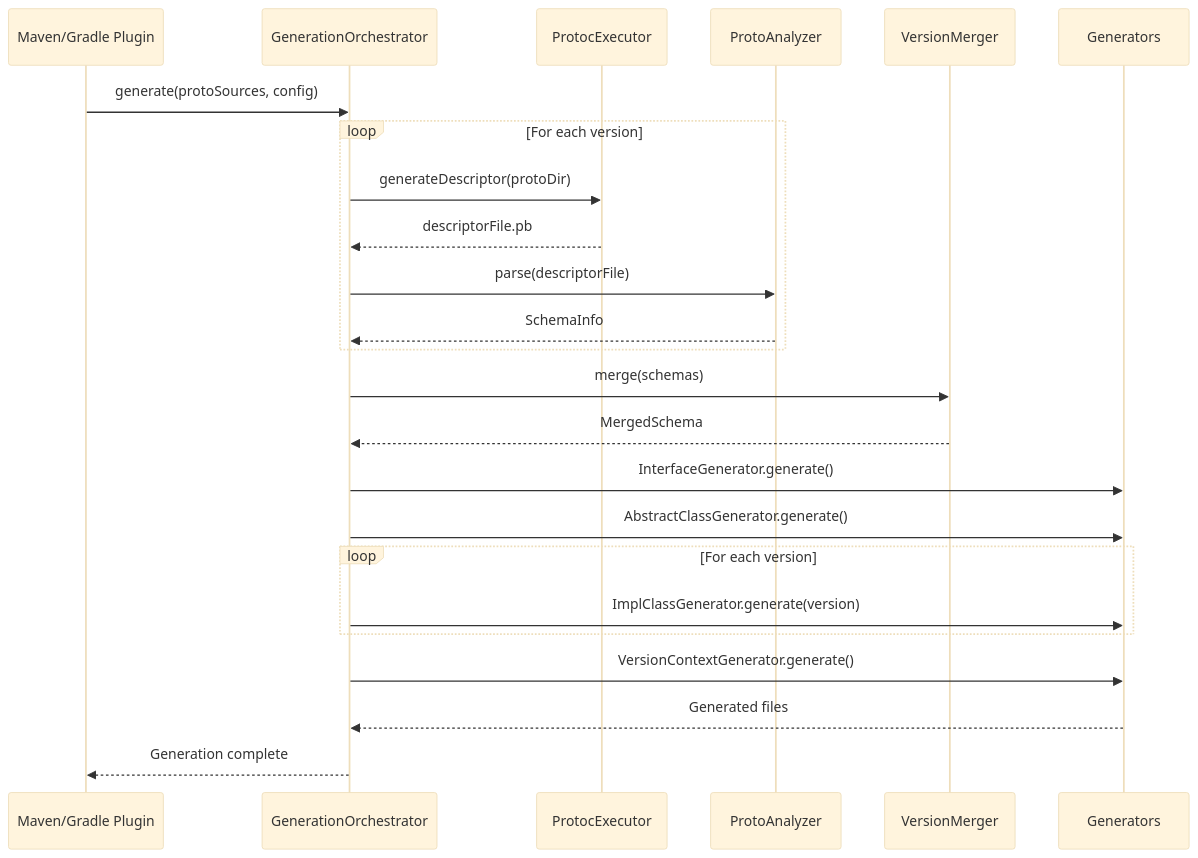
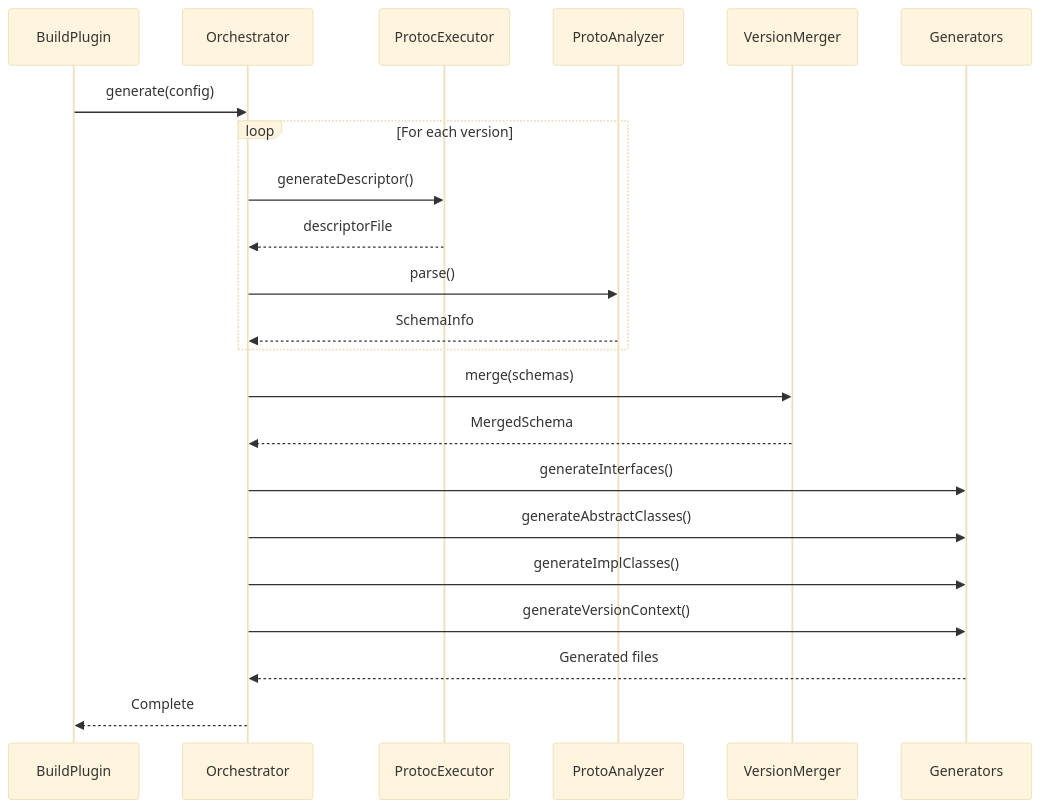
Before and after one commit to alnovis/proto-wrapper-plugin: the fourth of 6 diagrams in docs/ARCHITECTURE.md, drawn with Mermaid (base theme). The commit also changed other lines of this file, not shown here.

First line of the commit message:
fix(docs): simplify Mermaid diagrams for GitHub compatibility

````diff
--- a/docs/ARCHITECTURE.md
+++ b/docs/ARCHITECTURE.md
@@ -399,33 +394,29 @@
 ```mermaid
 sequenceDiagram
-    participant Plugin as Maven/Gradle Plugin
-    participant Orch as GenerationOrchestrator
+    participant Plugin as BuildPlugin
+    participant Orch as Orchestrator
     participant Protoc as ProtocExecutor
     participant Analyzer as ProtoAnalyzer
     participant Merger as VersionMerger
     participant Gen as Generators
 
-    Plugin->>Orch: generate(protoSources, config)
+    Plugin->>Orch: generate(config)
 
     loop For each version
-        Orch->>Protoc: generateDescriptor(protoDir)
-        Protoc-->>Orch: descriptorFile.pb
-        Orch->>Analyzer: parse(descriptorFile)
+        Orch->>Protoc: generateDescriptor()
+        Protoc-->>Orch: descriptorFile
+        Orch->>Analyzer: parse()
         Analyzer-->>Orch: SchemaInfo
     end
 
     Orch->>Merger: merge(schemas)
     Merger-->>Orch: MergedSchema
 
-    Orch->>Gen: InterfaceGenerator.generate()
-    Orch->>Gen: AbstractClassGenerator.generate()
-
-    loop For each version
-        Orch->>Gen: ImplClassGenerator.generate(version)
-    end
-
-    Orch->>Gen: VersionContextGenerator.generate()
+    Orch->>Gen: generateInterfaces()
+    Orch->>Gen: generateAbstractClasses()
+    Orch->>Gen: generateImplClasses()
+    Orch->>Gen: generateVersionContext()
 
     Gen-->>Orch: Generated files
-    Orch-->>Plugin: Generation complete
+    Orch-->>Plugin: Complete
 ```
````
